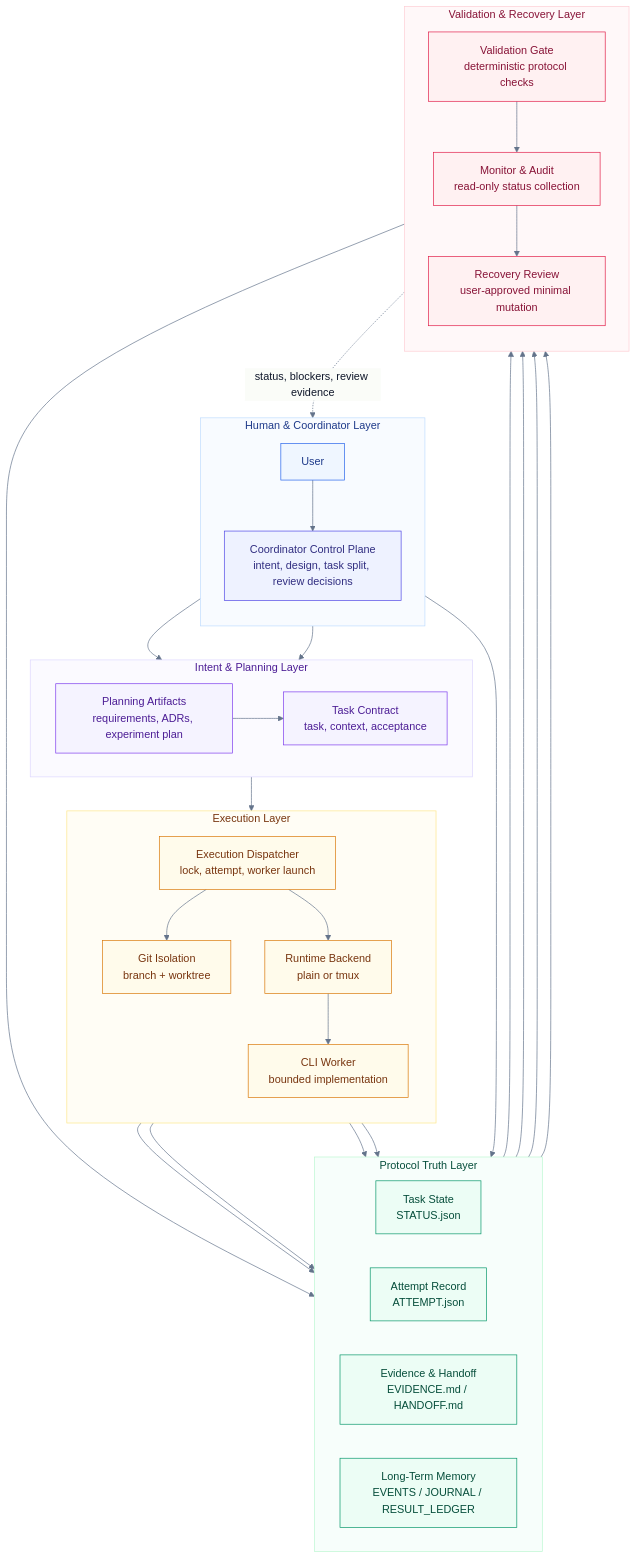
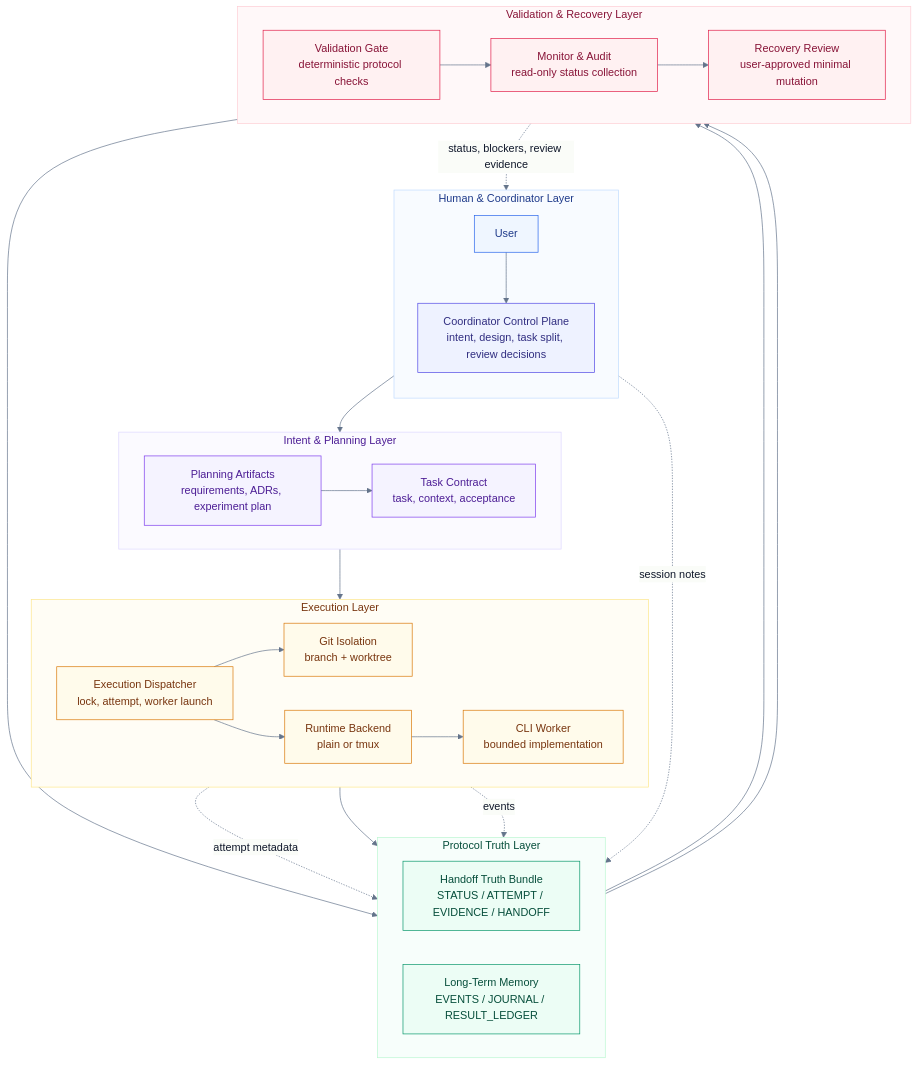
Before and after one commit to LKCY23/research-dev-orchestrator: the first of 2 diagrams in README.md, drawn with Mermaid.

Commit message:
Simplify README architecture diagram edges

````diff
--- a/README.md
+++ b/README.md
@@ -56,73 +56,67 @@
 ```mermaid
-%%{init: {"theme":"base","themeVariables":{"fontFamily":"Inter, ui-sans-serif, system-ui","primaryColor":"#f8fafc","primaryTextColor":"#0f172a","primaryBorderColor":"#cbd5e1","lineColor":"#64748b","tertiaryColor":"#ffffff"}}}%%
+%%{init: {"theme":"base","themeVariables":{"fontFamily":"Inter, ui-sans-serif, system-ui","primaryColor":"#f8fafc","primaryTextColor":"#0f172a","primaryBorderColor":"#cbd5e1","lineColor":"#64748b","tertiaryColor":"#ffffff"},"flowchart":{"curve":"basis"}}}%%
 flowchart TB
   subgraph L1["Human & Coordinator Layer"]
     direction TB
     U["User"]:::human
     C["Coordinator Control Plane<br/>intent, design, task split, review decisions"]:::coord
     U --> C
   end
 
   subgraph L2["Intent & Planning Layer"]
     direction LR
     P["Planning Artifacts<br/>requirements, ADRs, experiment plan"]:::planning
     T["Task Contract<br/>task, context, acceptance"]:::planning
     P --> T
   end
 
   subgraph L3["Execution Layer"]
-    direction TB
+    direction LR
     D["Execution Dispatcher<br/>lock, attempt, worker launch"]:::exec
     G["Git Isolation<br/>branch + worktree"]:::exec
     B["Runtime Backend<br/>plain or tmux"]:::exec
     W["CLI Worker<br/>bounded implementation"]:::exec
     D --> G
     D --> B
     B --> W
   end
 
   subgraph L4["Protocol Truth Layer"]
     direction LR
-    S["Task State<br/>STATUS.json"]:::truth
-    A["Attempt Record<br/>ATTEMPT.json"]:::truth
-    H["Evidence & Handoff<br/>EVIDENCE.md / HANDOFF.md"]:::truth
+    Q["Handoff Truth Bundle<br/>STATUS / ATTEMPT / EVIDENCE / HANDOFF"]:::truth
     M["Long-Term Memory<br/>EVENTS / JOURNAL / RESULT_LEDGER"]:::truth
   end
 
   subgraph L5["Validation & Recovery Layer"]
-    direction TB
+    direction LR
     V["Validation Gate<br/>deterministic protocol checks"]:::validate
     O["Monitor & Audit<br/>read-only status collection"]:::validate
     R["Recovery Review<br/>user-approved minimal mutation"]:::validate
     V --> O
     O --> R
   end
 
   C --> P
-  C --> T
   T --> D
-  D --> A
-  D --> M
-  W --> S
-  W --> H
-  C --> M
-  S --> V
-  A --> V
-  H --> V
+  D -. "attempt metadata" .-> Q
+  W --> Q
+  C -. "session notes" .-> M
+  D -. "events" .-> M
+  Q --> V
   M --> O
   O -. "status, blockers, review evidence" .-> C
   R --> M
 
   classDef human fill:#eff6ff,stroke:#2563eb,color:#1e3a8a;
   classDef coord fill:#eef2ff,stroke:#4f46e5,color:#312e81;
   classDef planning fill:#f5f3ff,stroke:#7c3aed,color:#4c1d95;
   classDef exec fill:#fffbeb,stroke:#d97706,color:#78350f;
   classDef truth fill:#ecfdf5,stroke:#059669,color:#064e3b;
   classDef validate fill:#fff1f2,stroke:#e11d48,color:#881337;
 
   style L1 fill:#f8fbff,stroke:#bfdbfe,stroke-width:1px,color:#1e3a8a;
   style L2 fill:#fbfaff,stroke:#ddd6fe,stroke-width:1px,color:#4c1d95;
   style L3 fill:#fffdf5,stroke:#fde68a,stroke-width:1px,color:#78350f;
   style L4 fill:#f7fefb,stroke:#bbf7d0,stroke-width:1px,color:#064e3b;
   style L5 fill:#fff8f9,stroke:#fecdd3,stroke-width:1px,color:#881337;
 ```
````
